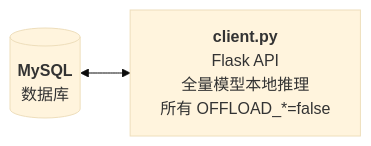
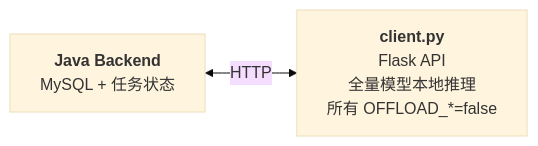
The third of 5 diagrams in CLIP_model/README.md (SaMuel-101-cky/CLIP-and-distributed-deployment), drawn with Mermaid (base theme) before and after one commit. The commit also changed other lines of this file and 52 other files, not shown here.

Commit message:
feat: refactor backend ai task flow

````diff
--- a/CLIP_model/README.md
+++ b/CLIP_model/README.md
@@ -69,4 +70,4 @@
 ```mermaid
 graph LR
-    MySQL[(<b>MySQL</b><br/>数据库)] <--> Client[<b>client.py</b><br/>Flask API<br/>全量模型本地推理<br/>所有 OFFLOAD_*=false]
+    Backend[<b>Java Backend</b><br/>MySQL + 任务状态] <-->|HTTP| Client[<b>client.py</b><br/>Flask API<br/>全量模型本地推理<br/>所有 OFFLOAD_*=false]
 ```
````
